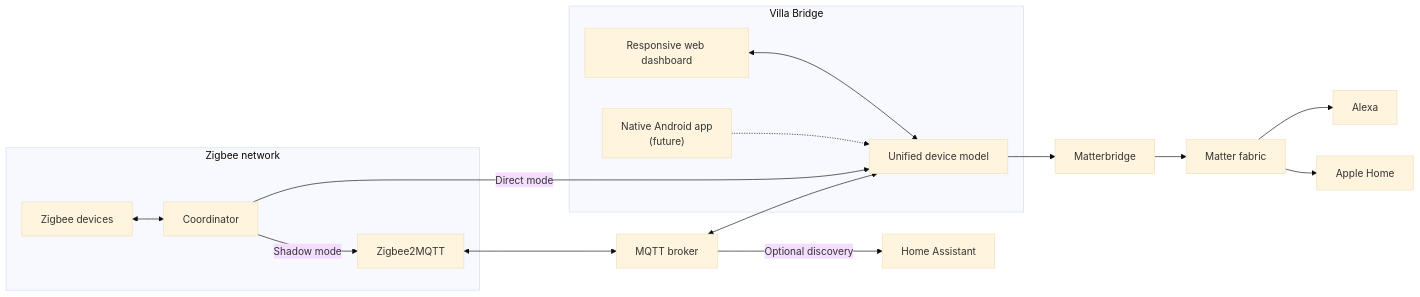
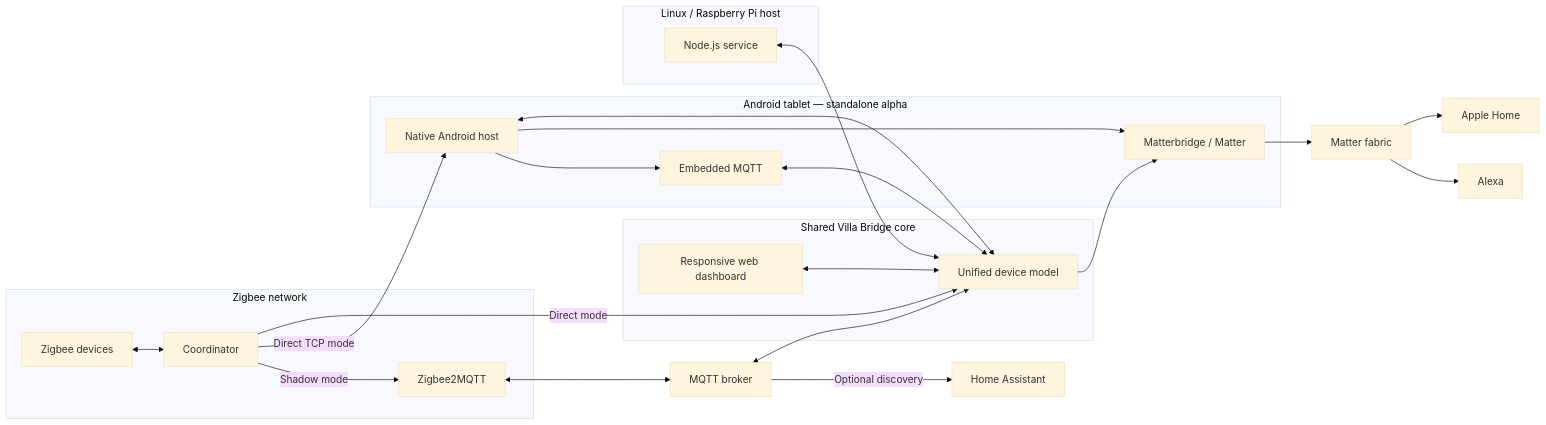
The diagram in README.md (drascom/Villa-Bridge), drawn with Mermaid (base theme) before and after one commit. The commit also changed other lines of this file and 61 other files, not shown here.

Commit message:
Add Android standalone runtime and unified dashboard

````diff
--- a/README.md
+++ b/README.md
@@ -51,23 +54,39 @@
 ```mermaid
 flowchart LR
     subgraph Zigbee["Zigbee network"]
         Z["Zigbee devices"] <--> C["Coordinator"]
         C -->|"Shadow mode"| Z2M["Zigbee2MQTT"]
     end
 
-    subgraph Core["Villa Bridge"]
+    subgraph Android["Android tablet — standalone alpha"]
+        AND["Native Android host"]
+        AMQTT["Embedded MQTT"]
+        AMB["Matterbridge / Matter"]
+        AND --> AMQTT
+        AND --> AMB
+    end
+
+    subgraph Core["Shared Villa Bridge core"]
         V["Unified device model"]
         UI["Responsive web dashboard"] <--> V
-        AND["Native Android app<br/>(future)"] -.-> V
     end
+
+    AND <--> V
+    C -->|"Direct TCP mode"| AND
+    AMQTT <--> V
+    V --> AMB
+
+    subgraph Linux["Linux / Raspberry Pi host"]
+        L["Node.js service"]
+    end
+    L <--> V
 
     C -->|"Direct mode"| V
     Z2M <--> MQTT["MQTT broker"]
     MQTT <--> V
     MQTT -->|"Optional discovery"| HA["Home Assistant"]
 
-    V --> MB["Matterbridge"]
-    MB --> MATTER["Matter fabric"]
+    AMB --> MATTER["Matter fabric"]
     MATTER --> ALEXA["Alexa"]
     MATTER --> APPLE["Apple Home"]
 ```
````
